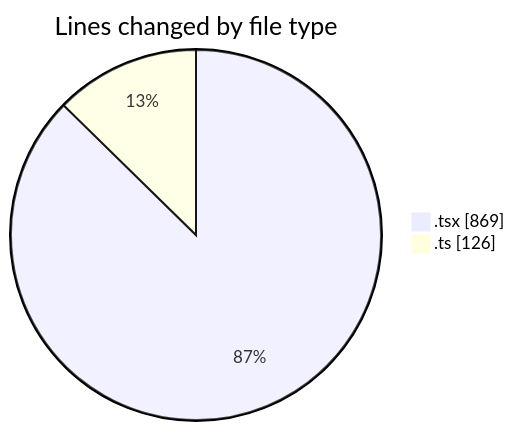
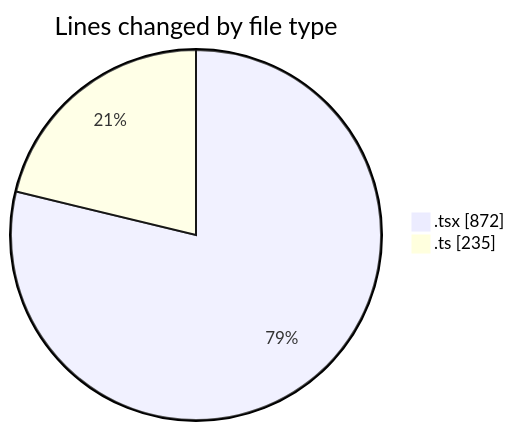
One commit to momahboobian/code-tracking changed the first of 2 diagrams in 2025-09-15/cda/README.md. Above: the diagram before and after it, drawn with Mermaid. The commit also changed other lines of this file and 1 other file, not shown here.

````diff
--- a/2025-09-15/cda/README.md
+++ b/2025-09-15/cda/README.md
@@ -22,6 +22,6 @@
 ```mermaid
 pie showData
 title Lines changed by file type
-".tsx" : 869
-".ts" : 126
+".tsx" : 872
+".ts" : 235
 ```
````
